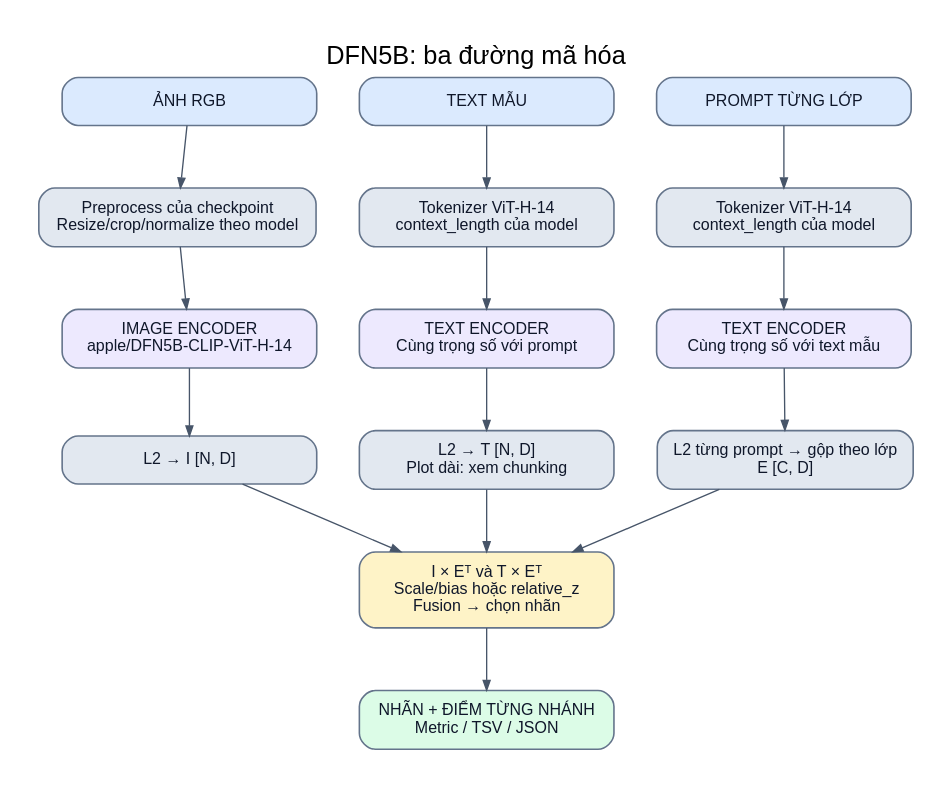
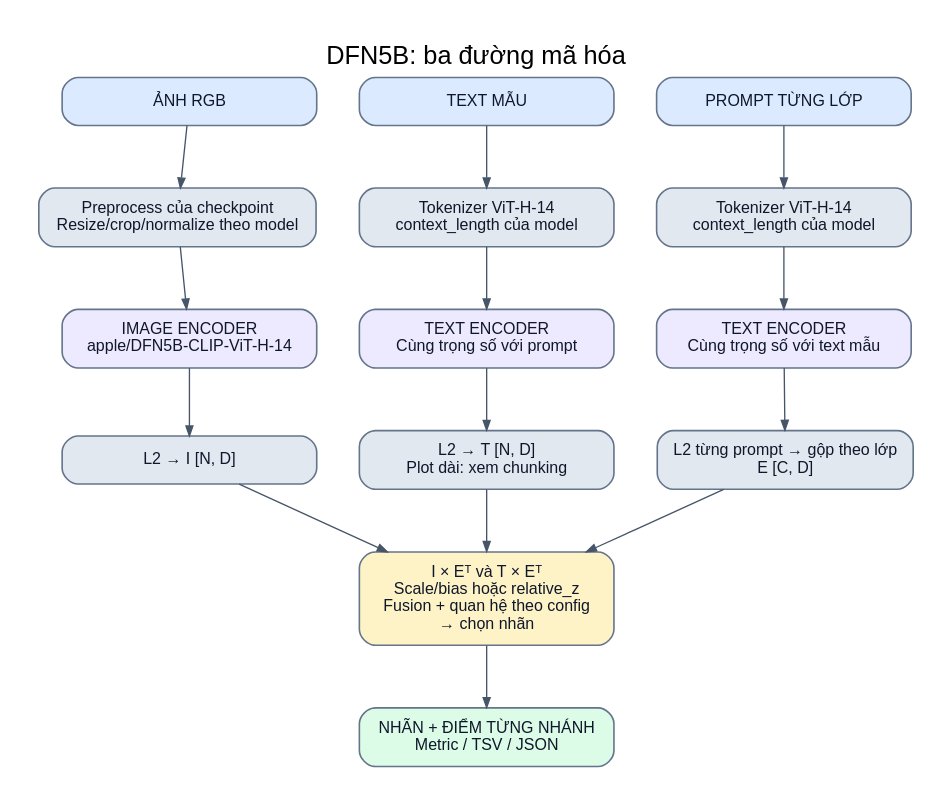
The diagram in docs/so_do_he_thong/so_do/04_dfn5b.dot (nguyenmanhhung3105/ZeroShot_Classification_Multimodal), drawn with Graphviz before and after one commit. The commit also changed 48 other files, not shown here.

```diff
--- a/docs/so_do_he_thong/so_do/04_dfn5b.dot
+++ b/docs/so_do_he_thong/so_do/04_dfn5b.dot
@@ -1,49 +1,49 @@
 digraph G {
 graph [rankdir=TB, bgcolor="white", fontname="Arial", fontsize=19,
   pad=0.3, nodesep=0.45, ranksep=0.65, splines=polyline,
   labelloc=t, label="DFN5B: ba đường mã hóa"];
 node [shape=box, style="rounded,filled", fontname="Arial", fontsize=12,
   color="#64748b", fontcolor="#0f172a", penwidth=1.2,
   margin="0.18,0.12", width=2.65];
 edge [fontname="Arial", fontsize=10, color="#475569",
   fontcolor="#334155", arrowsize=0.75];
 i [label="ẢNH RGB", fillcolor="#dbeafe"];
 t [label="TEXT MẪU", fillcolor="#dbeafe"];
 p [label="PROMPT TỪNG LỚP", fillcolor="#dbeafe"];
 ip [label="Preprocess của checkpoint\nResize/crop/normalize theo model", fillcolor="#e2e8f0"];
 tt [label="Tokenizer ViT-H-14\ncontext_length của model", fillcolor="#e2e8f0"];
 pt [label="Tokenizer ViT-H-14\ncontext_length của model", fillcolor="#e2e8f0"];
 ie [label="IMAGE ENCODER\napple/DFN5B-CLIP-ViT-H-14", fillcolor="#ede9fe"];
 te [label="TEXT ENCODER\nCùng trọng số với prompt", fillcolor="#ede9fe"];
 pe [label="TEXT ENCODER\nCùng trọng số với text mẫu", fillcolor="#ede9fe"];
 iv [label="L2 → I [N, D]", fillcolor="#e2e8f0"];
 tv [label="L2 → T [N, D]\nPlot dài: xem chunking", fillcolor="#e2e8f0"];
 pv [label="L2 từng prompt → gộp theo lớp\nE [C, D]", fillcolor="#e2e8f0"];
-s [label="I × Eᵀ và T × Eᵀ\nScale/bias hoặc relative_z\nFusion → chọn nhãn", fillcolor="#fef3c7"];
+s [label="I × Eᵀ và T × Eᵀ\nScale/bias hoặc relative_z\nFusion + quan hệ theo config\n→ chọn nhãn", fillcolor="#fef3c7"];
 o [label="NHÃN + ĐIỂM TỪNG NHÁNH\nMetric / TSV / JSON", fillcolor="#dcfce7"];
 i -> ip;
 t -> tt;
 p -> pt;
 ip -> ie;
 tt -> te;
 pt -> pe;
 ie -> iv;
 te -> tv;
 pe -> pv;
 iv -> s;
 tv -> s;
 pv -> s;
 s -> o;
 {rank=same; i; t; p;}
 i -> t [style=invis, weight=100];
 t -> p [style=invis, weight=100];
 {rank=same; ip; tt; pt;}
 ip -> tt [style=invis, weight=100];
 tt -> pt [style=invis, weight=100];
 {rank=same; ie; te; pe;}
 ie -> te [style=invis, weight=100];
 te -> pe [style=invis, weight=100];
 {rank=same; iv; tv; pv;}
 iv -> tv [style=invis, weight=100];
 tv -> pv [style=invis, weight=100];
 }
```
